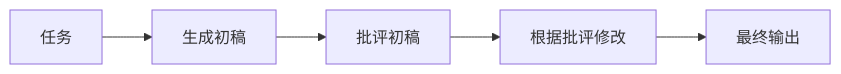
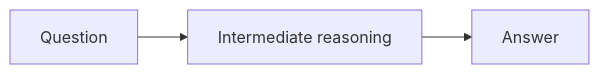
Before and after one commit to zheng-bobo/verifiable_agent_lab: the second of 7 diagrams in docs/readings/week01-agentic-design-patterns.zh-CN.md, drawn with Mermaid. The commit also changed other lines of this file and 21 other files, not shown here.

````diff
--- a/docs/readings/week01-agentic-design-patterns.zh-CN.md
+++ b/docs/readings/week01-agentic-design-patterns.zh-CN.md
@@ -19,7 +100,5 @@
 ```mermaid
 flowchart LR
-    I[任务] --> G[生成初稿]
-    G --> C[批评初稿]
-    C --> R[根据批评修改]
-    R --> O[最终输出]
+    Q[Question] --> R[Intermediate reasoning]
+    R --> A[Answer]
 ```
````
